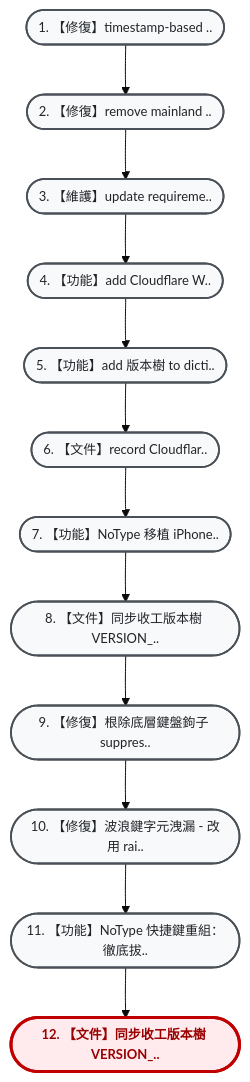
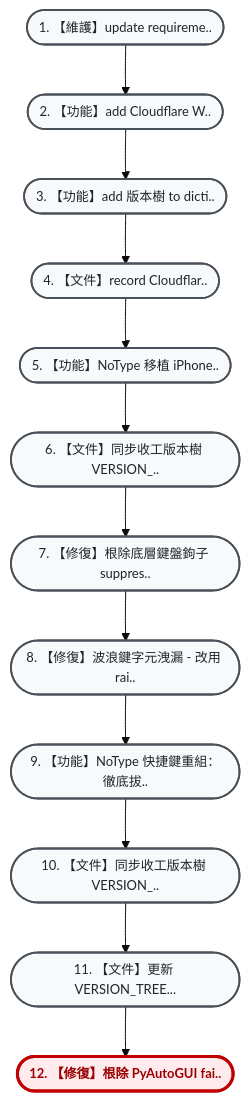
One commit to hjen8/NoType-Scribe changed the diagram in VERSION_TREE.md. Above: the diagram before and after it, drawn with Mermaid (base theme). The commit also changed other lines of this file, not shown here.

Commit message:
【文件】同步 VERSION_TREE.md 歷史版本樹 (9ebe870)

````diff
--- a/VERSION_TREE.md
+++ b/VERSION_TREE.md
@@ -13,30 +13,30 @@
 ```mermaid
 flowchart TD
     %% 雙壁版本樹專用視覺化配色風格 (由上而下 TD 垂直大字純中文版)
     classDef default fill:#f8f9fa,stroke:#495057,stroke-width:1.8px,color:#212529,font-size:13px;
     classDef current fill:#ffebee,stroke:#c00000,stroke-width:3px,color:#900,font-weight:bold,font-size:13px;
     classDef mergeNode fill:#e3f2fd,stroke:#1565c0,stroke-width:2px,color:#0d47a1,font-size:13px;
-    n_5661482(["1. 【修復】timestamp-based .."]):::default
-    n_4c9bcd5(["2. 【修復】remove mainland .."]):::default
-    n_4a3ea27(["3. 【維護】update requireme.."]):::default
-    n_a05b1df(["4. 【功能】add Cloudflare W.."]):::default
-    n_18e4ca1(["5. 【功能】add 版本樹 to dicti.."]):::default
-    n_47c4704(["6. 【文件】record Cloudflar.."]):::default
-    n_58bbc8c(["7. 【功能】NoType 移植 iPhone.."]):::default
-    n_7723cba(["8. 【文件】同步收工版本樹 VERSION_.."]):::default
-    n_e2bc0e4(["9. 【修復】根除底層鍵盤鉤子 suppres.."]):::default
-    n_3a6b4ee(["10. 【修復】波浪鍵字元洩漏 - 改用 rai.."]):::default
-    n_112030c(["11. 【功能】NoType 快捷鍵重組：徹底拔.."]):::default
-    n_fde5927(["12. 【文件】同步收工版本樹 VERSION_.."]):::current
-    n_5661482 --> n_4c9bcd5
-    n_4c9bcd5 --> n_4a3ea27
+    n_4a3ea27(["1. 【維護】update requireme.."]):::default
+    n_a05b1df(["2. 【功能】add Cloudflare W.."]):::default
+    n_18e4ca1(["3. 【功能】add 版本樹 to dicti.."]):::default
+    n_47c4704(["4. 【文件】record Cloudflar.."]):::default
+    n_58bbc8c(["5. 【功能】NoType 移植 iPhone.."]):::default
+    n_7723cba(["6. 【文件】同步收工版本樹 VERSION_.."]):::default
+    n_e2bc0e4(["7. 【修復】根除底層鍵盤鉤子 suppres.."]):::default
+    n_3a6b4ee(["8. 【修復】波浪鍵字元洩漏 - 改用 rai.."]):::default
+    n_112030c(["9. 【功能】NoType 快捷鍵重組：徹底拔.."]):::default
+    n_fde5927(["10. 【文件】同步收工版本樹 VERSION_.."]):::default
+    n_d139599(["11. 【文件】更新 VERSION_TREE..."]):::default
+    n_9ebe870(["12. 【修復】根除 PyAutoGUI fai.."]):::current
     n_4a3ea27 --> n_a05b1df
     n_a05b1df --> n_18e4ca1
     n_18e4ca1 --> n_47c4704
     n_47c4704 --> n_58bbc8c
     n_58bbc8c --> n_7723cba
     n_7723cba --> n_e2bc0e4
     n_e2bc0e4 --> n_3a6b4ee
     n_3a6b4ee --> n_112030c
     n_112030c --> n_fde5927
+    n_fde5927 --> n_d139599
+    n_d139599 --> n_9ebe870
 ```
````
